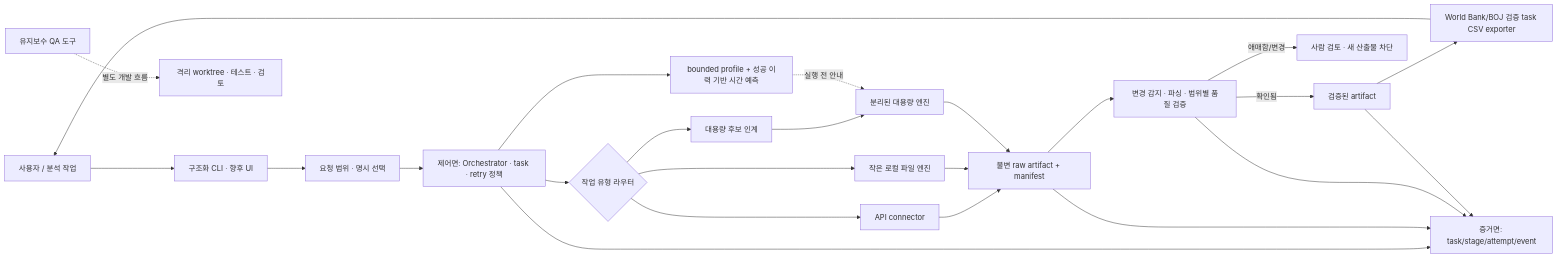
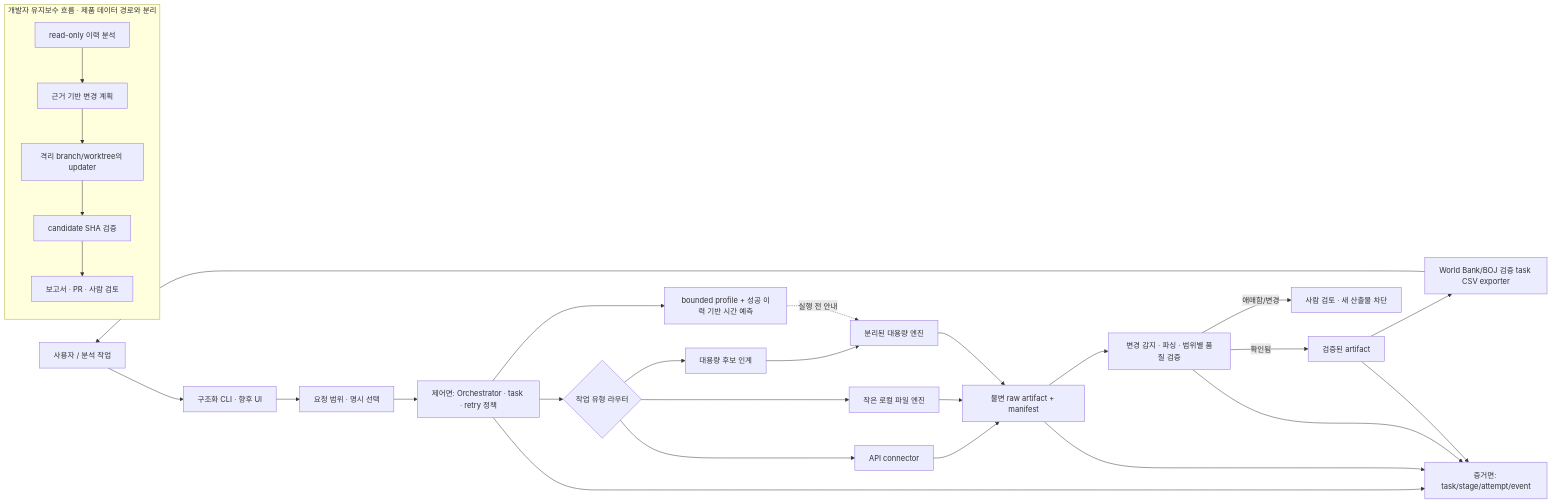
The diagram in docs/PRODUCT_ARCHITECTURE.md (jaeu983-lang/MacroAtlas), drawn with Mermaid before and after one commit. The commit also changed other lines of this file and 8 other files, not shown here.

````diff
--- a/docs/PRODUCT_ARCHITECTURE.md
+++ b/docs/PRODUCT_ARCHITECTURE.md
@@ -49,26 +51,31 @@
 ```mermaid
 flowchart LR
     USER[사용자 / 분석 작업] --> CLI[구조화 CLI · 향후 UI]
     CLI --> REQ[요청 범위 · 명시 선택]
     REQ --> CTRL[제어면: Orchestrator · task · retry 정책]
     CTRL --> ROUTE{작업 유형 라우터}
     ROUTE --> API[API connector]
     ROUTE --> SMALL[작은 로컬 파일 엔진]
     ROUTE --> DEFER[대용량 후보 인계]
     DEFER --> LARGE[분리된 대용량 엔진]
     CTRL --> DURATION[bounded profile + 성공 이력 기반 시간 예측]
     DURATION -. 실행 전 안내 .-> LARGE
     API --> RAW[불변 raw artifact + manifest]
     SMALL --> RAW
     LARGE --> RAW
     RAW --> CHECK[변경 감지 · 파싱 · 범위별 품질 검증]
     CHECK -->|확인됨| VERIFIED[검증된 artifact]
     CHECK -->|애매함/변경| HOLD[사람 검토 · 새 산출물 차단]
     VERIFIED --> EXPORT[World Bank/BOJ 검증 task CSV exporter]
     CTRL --> EVID[증거면: task/stage/attempt/event]
     RAW --> EVID
     CHECK --> EVID
     VERIFIED --> EVID
     EXPORT --> USER
-    ANALYZER[유지보수 QA 도구] -. 별도 개발 흐름 .-> CODE[격리 worktree · 테스트 · 검토]
+    subgraph DEV[개발자 유지보수 흐름 · 제품 데이터 경로와 분리]
+        ANALYZER[read-only 이력 분석] --> PLAN[근거 기반 변경 계획]
+        PLAN --> CODE[격리 branch/worktree의 updater]
+        CODE --> QA[candidate SHA 검증]
+        QA --> REVIEW[보고서 · PR · 사람 검토]
+    end
 ```
````
